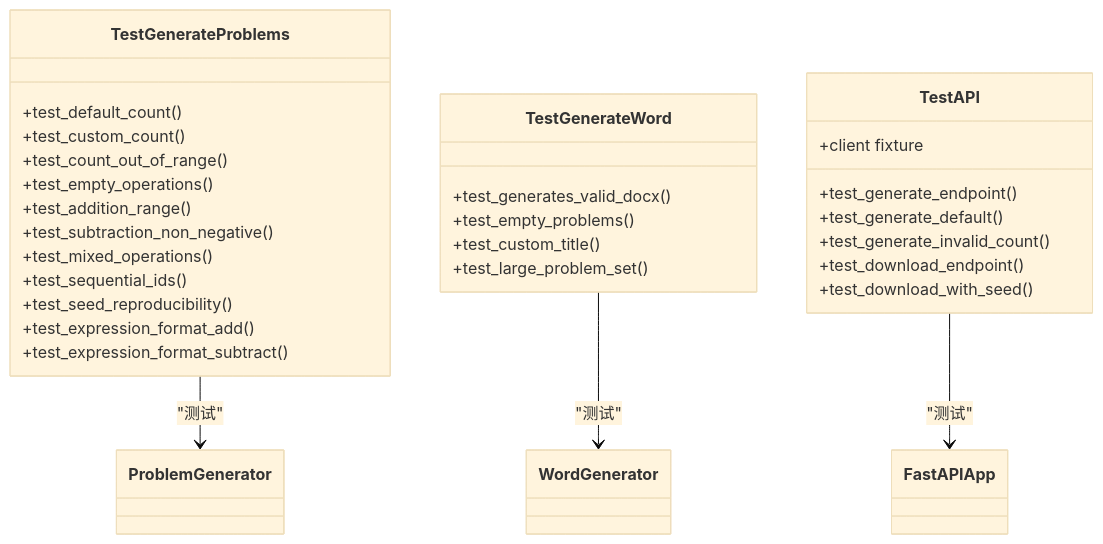
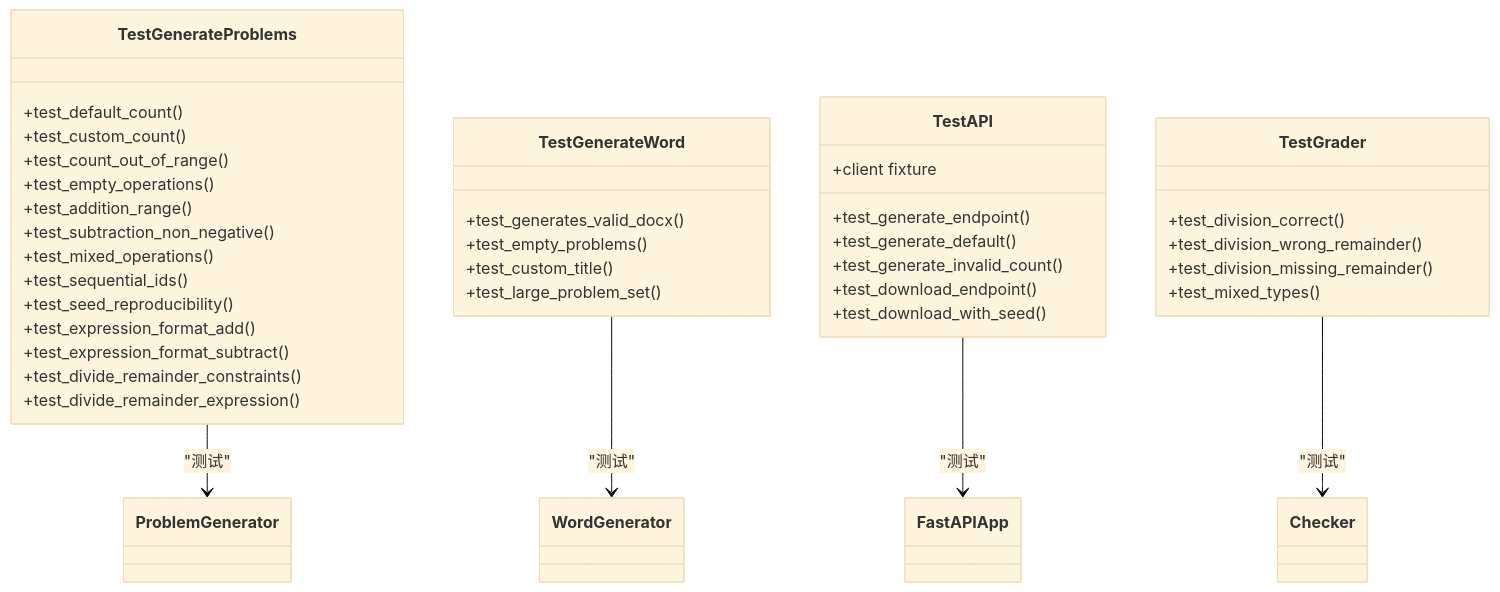
One commit to SimonWHL/math-learning changed the second of 12 diagrams in .qoder/repowiki/zh/content/开发指南/测试框架.md. Above: the diagram before and after it, drawn with Mermaid (base theme). The commit also changed other lines of this file and 17 other files, not shown here.

````diff
--- a/.qoder/repowiki/zh/content/开发指南/测试框架.md
+++ b/.qoder/repowiki/zh/content/开发指南/测试框架.md
@@ -96,33 +119,42 @@
 ```mermaid
 classDiagram
 class TestGenerateProblems {
 +test_default_count()
 +test_custom_count()
 +test_count_out_of_range()
 +test_empty_operations()
 +test_addition_range()
 +test_subtraction_non_negative()
 +test_mixed_operations()
 +test_sequential_ids()
 +test_seed_reproducibility()
 +test_expression_format_add()
 +test_expression_format_subtract()
++test_divide_remainder_constraints()
++test_divide_remainder_expression()
 }
 class TestGenerateWord {
 +test_generates_valid_docx()
 +test_empty_problems()
 +test_custom_title()
 +test_large_problem_set()
 }
 class TestAPI {
 +client fixture
 +test_generate_endpoint()
 +test_generate_default()
 +test_generate_invalid_count()
 +test_download_endpoint()
 +test_download_with_seed()
 }
+class TestGrader {
++test_division_correct()
++test_division_wrong_remainder()
++test_division_missing_remainder()
++test_mixed_types()
+}
 TestGenerateProblems --> ProblemGenerator : "测试"
 TestGenerateWord --> WordGenerator : "测试"
 TestAPI --> FastAPIApp : "测试"
+TestGrader --> Checker : "测试"
 ```
````
